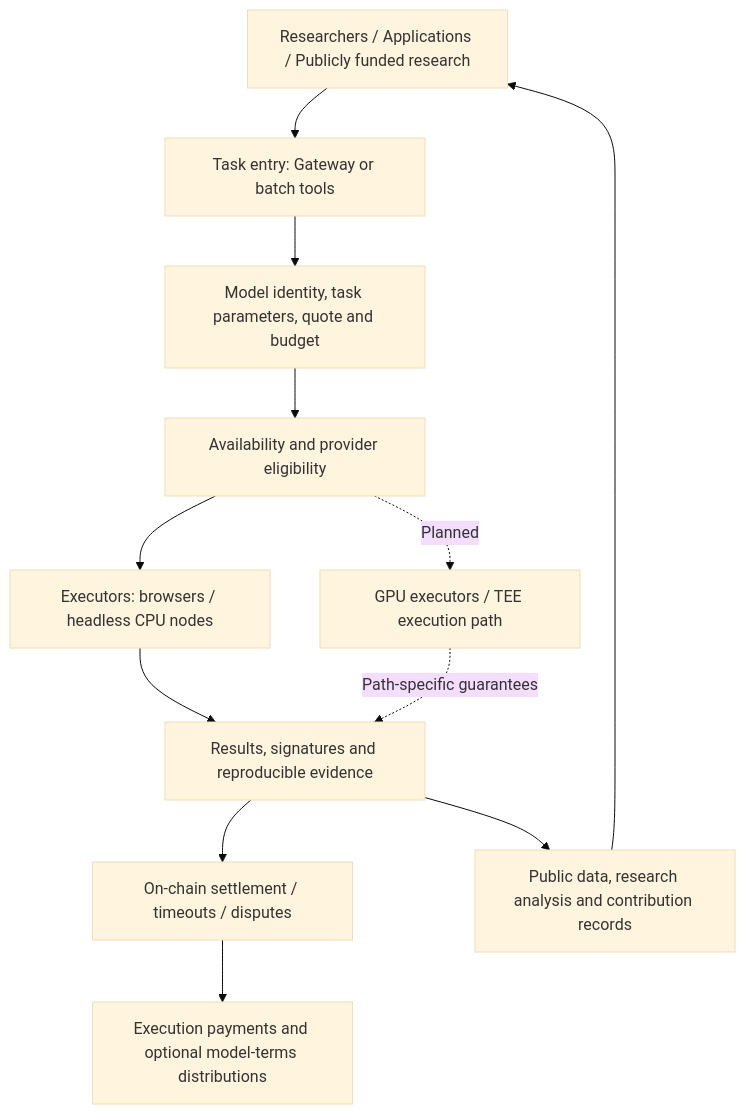
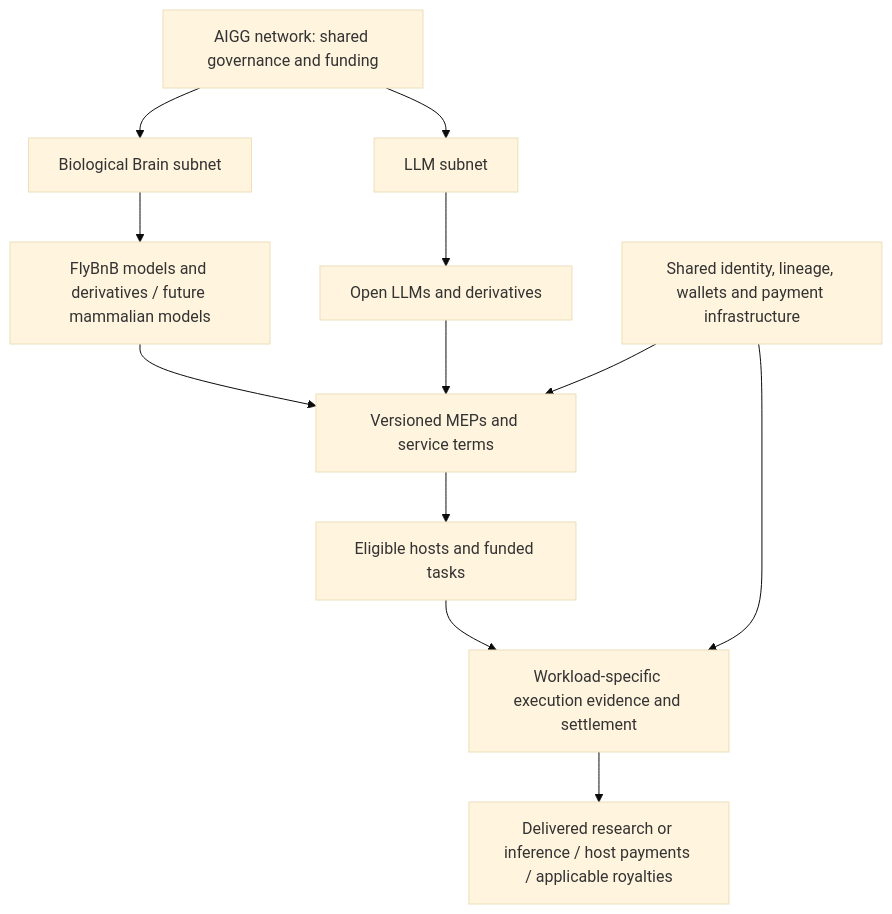
The first of 2 diagrams in docs/WHITEPAPER.md (jianmliu/aigg-bnb), drawn with Mermaid (base theme) before and after one commit. The commit also changed other lines of this file, not shown here.

Commit message:
docs: map Brain and LLM subnets to the MEP service lifecycle

````diff
--- a/docs/WHITEPAPER.md
+++ b/docs/WHITEPAPER.md
@@ -53,14 +63,14 @@
 ```mermaid
 flowchart TB
-    A[Researchers / Applications / Publicly funded research] --> B[Task entry: Gateway or batch tools]
-    B --> C[Model identity, task parameters, quote and budget]
-    C --> D[Availability and provider eligibility]
-    D --> E[Executors: browsers / headless CPU nodes]
-    D -.Planned.-> F[GPU executors / TEE execution path]
-    E --> G[Results, signatures and reproducible evidence]
-    F -.Path-specific guarantees.-> G
-    G --> H[On-chain settlement / timeouts / disputes]
-    H --> I[Execution payments and optional model-terms distributions]
-    G --> J[Public data, research analysis and contribution records]
-    J --> A
+    A[AIGG network: shared governance and funding] --> B[Biological Brain subnet]
+    A --> C[LLM subnet]
+    B --> D[FlyBnB models and derivatives / future mammalian models]
+    C --> E[Open LLMs and derivatives]
+    D --> F[Versioned MEPs and service terms]
+    E --> F
+    F --> G[Eligible hosts and funded tasks]
+    G --> H[Workload-specific execution evidence and settlement]
+    H --> I[Delivered research or inference / host payments / applicable royalties]
+    J[Shared identity, lineage, wallets and payment infrastructure] --> F
+    J --> H
 ```
````
